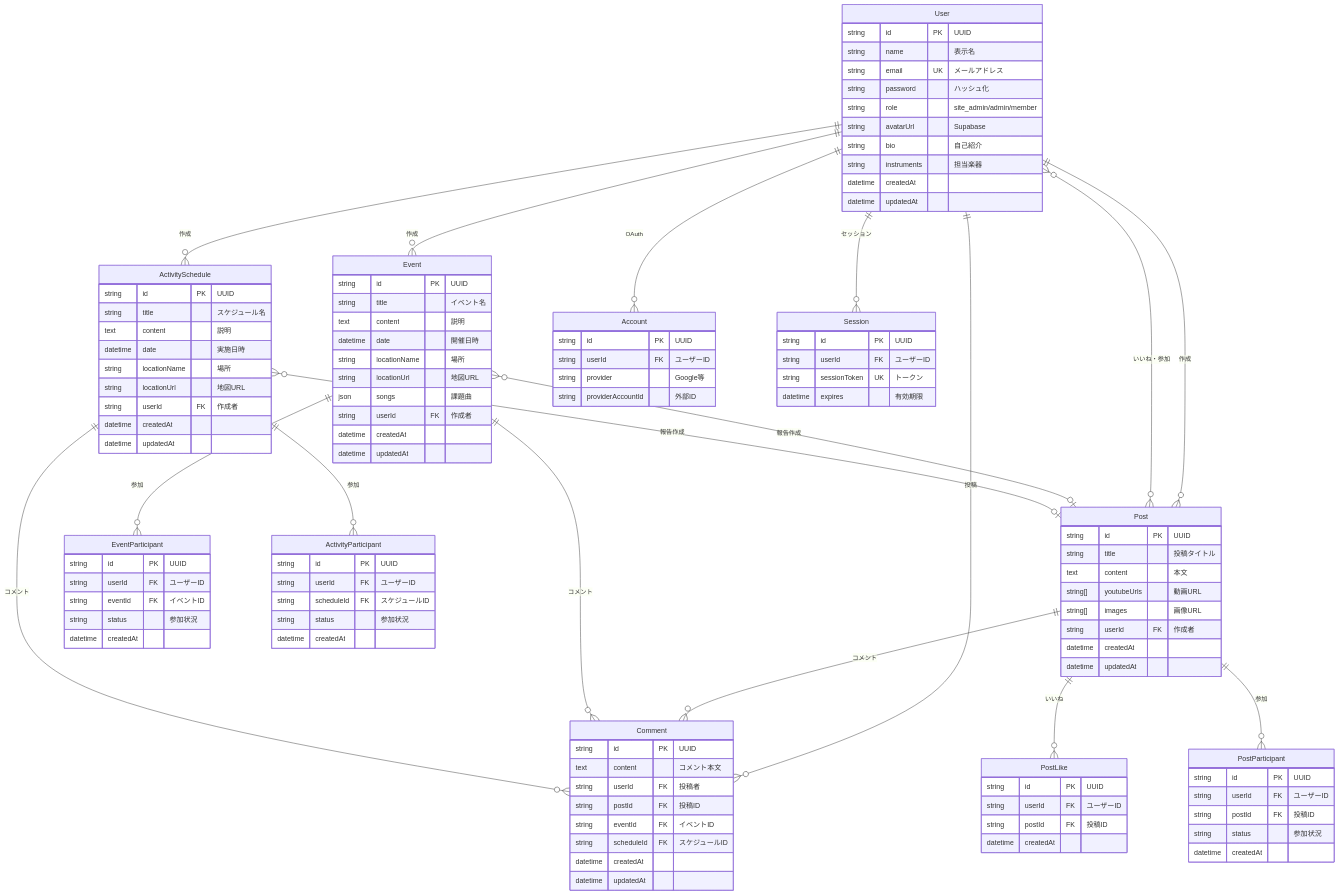
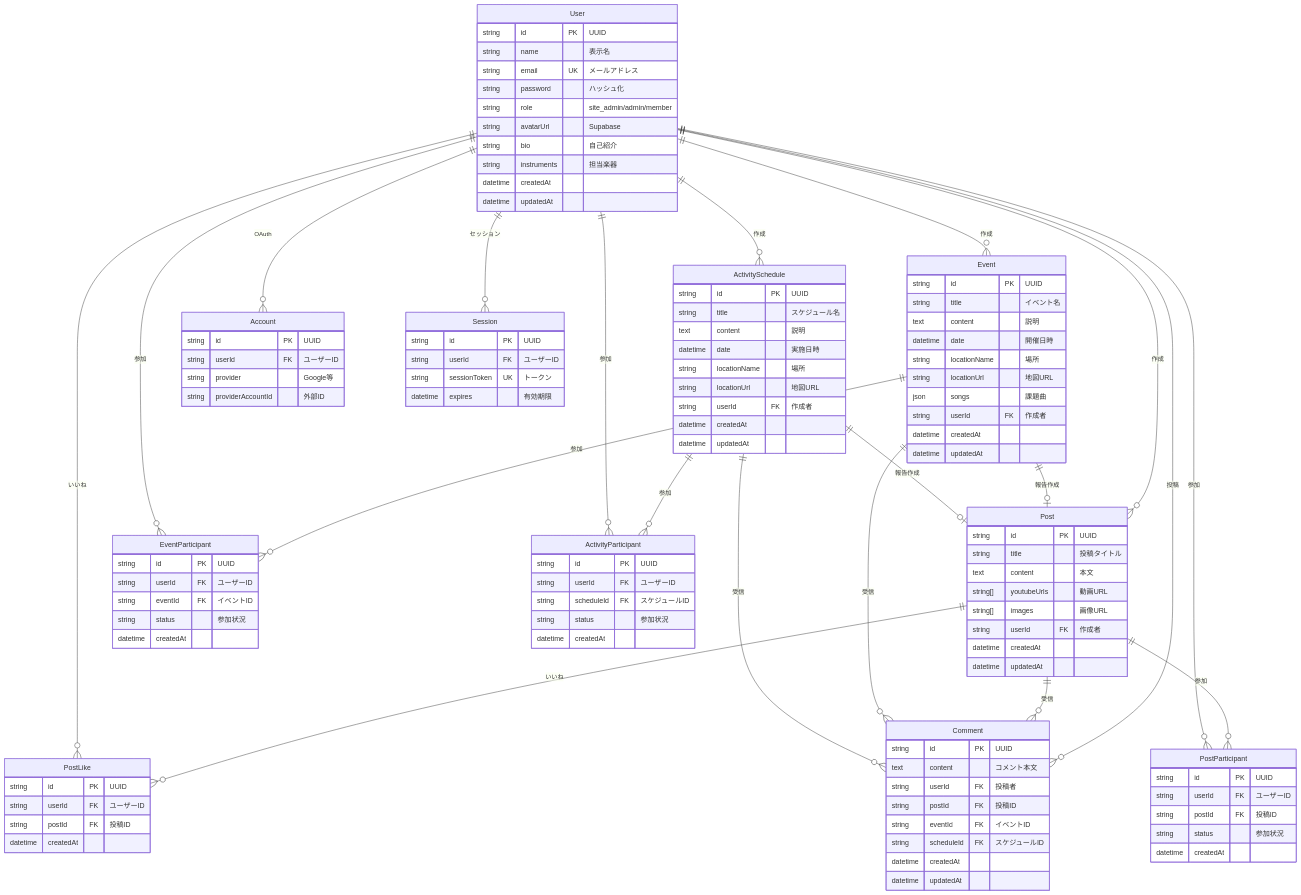
The fifth of 12 diagrams in README.md (shuhei0720/keion-circle-site), drawn with Mermaid before and after one commit.

Commit message:
docs: ER図のレイアウトをさらに改善
- リレーションをカテゴリー別に整理（作成、参加、コメント、変換、認証）
- EventParticipantとActivityParticipantの配置を論理的に修正
- ユーザーとの関連を明確化し、線の交差を最小限に

````diff
--- a/README.md
+++ b/README.md
@@ -224,28 +224,35 @@
 ```mermaid
 erDiagram
-    %% コアエンティティ
+    %% ユーザーとコンテンツ作成
     User ||--o{ Post : "作成"
     User ||--o{ Event : "作成"
     User ||--o{ ActivitySchedule : "作成"
-    User ||--o{ Comment : "投稿"
     
-    %% 投稿関連
-    Post ||--o{ Comment : "コメント"
+    %% 投稿システム
     Post ||--o{ PostLike : "いいね"
     Post ||--o{ PostParticipant : "参加"
-    User }o--o{ Post : "いいね・参加"
+    User ||--o{ PostLike : "いいね"
+    User ||--o{ PostParticipant : "参加"
     
-    %% イベント関連
-    Event ||--o{ Comment : "コメント"
+    %% イベント参加
     Event ||--o{ EventParticipant : "参加"
-    Event }o--o| Post : "報告作成"
+    User ||--o{ EventParticipant : "参加"
     
-    %% 活動スケジュール関連
-    ActivitySchedule ||--o{ Comment : "コメント"
+    %% 活動スケジュール参加
     ActivitySchedule ||--o{ ActivityParticipant : "参加"
-    ActivitySchedule }o--o| Post : "報告作成"
+    User ||--o{ ActivityParticipant : "参加"
     
-    %% 認証関連
+    %% コメントシステム（すべてのコンテンツに共通）
+    User ||--o{ Comment : "投稿"
+    Post ||--o{ Comment : "受信"
+    Event ||--o{ Comment : "受信"
+    ActivitySchedule ||--o{ Comment : "受信"
+    
+    %% 投稿への変換
+    Event ||--o| Post : "報告作成"
+    ActivitySchedule ||--o| Post : "報告作成"
+    
+    %% 認証システム
     User ||--o{ Account : "OAuth"
     User ||--o{ Session : "セッション"
     
````
